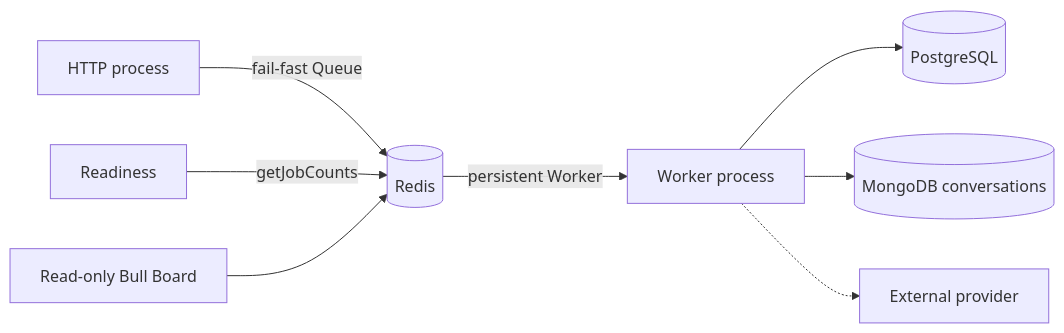
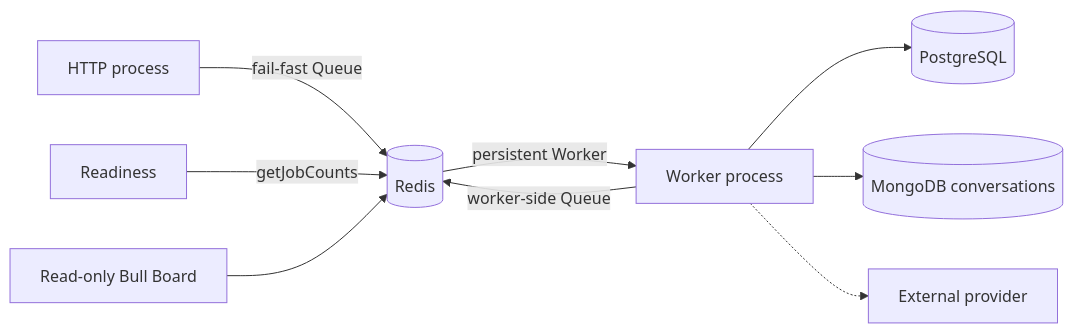
The first of 2 diagrams in docs/backend/mechanisms/queues.md (johnakisk0700/slopform), drawn with Mermaid before and after one commit. The commit also changed other lines of this file and 47 other files, not shown here.

````diff
--- a/docs/backend/mechanisms/queues.md
+++ b/docs/backend/mechanisms/queues.md
@@ -12,10 +12,11 @@
 ```mermaid
 flowchart LR
   API["HTTP process"] -->|"fail-fast Queue"| Redis[(Redis)]
   Health["Readiness"] -->|"getJobCounts"| Redis
   Board["Read-only Bull Board"] --> Redis
   Redis -->|"persistent Worker"| Worker["Worker process"]
+  Worker -->|"worker-side Queue"| Redis
   Worker --> DB[(PostgreSQL)]
   Worker --> Mongo[(MongoDB conversations)]
   Worker -.-> Provider["External provider"]
 ```
````
